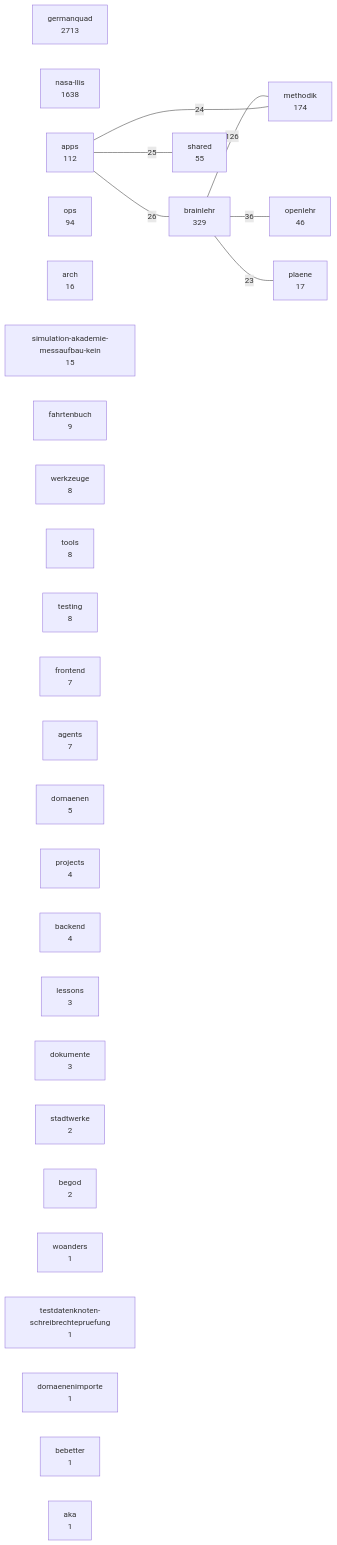
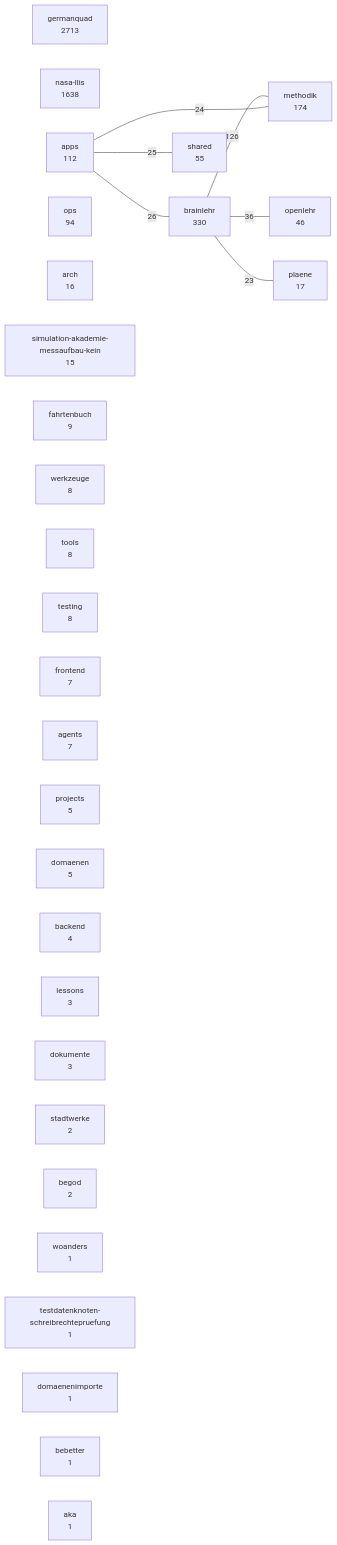
One commit to 3lehr/brainlehr changed the diagram in docs/karten/bestand.md. Above: the diagram before and after it, drawn with Mermaid. The commit also changed 4 other files, not shown here.

````diff
--- a/docs/karten/bestand.md
+++ b/docs/karten/bestand.md
@@ -5,38 +5,38 @@
 ```mermaid
 graph LR
   germanquad["germanquad<br/>2713"]
   nasa_llis["nasa-llis<br/>1638"]
-  brainlehr["brainlehr<br/>329"]
+  brainlehr["brainlehr<br/>330"]
   methodik["methodik<br/>174"]
   apps["apps<br/>112"]
   ops["ops<br/>94"]
   shared["shared<br/>55"]
   openlehr["openlehr<br/>46"]
   plaene["plaene<br/>17"]
   arch["arch<br/>16"]
   simulation_akademie_messaufbau_kein["simulation-akademie-messaufbau-kein<br/>15"]
   fahrtenbuch["fahrtenbuch<br/>9"]
   werkzeuge["werkzeuge<br/>8"]
   tools["tools<br/>8"]
   testing["testing<br/>8"]
   frontend["frontend<br/>7"]
   agents["agents<br/>7"]
+  projects["projects<br/>5"]
   domaenen["domaenen<br/>5"]
-  projects["projects<br/>4"]
   backend["backend<br/>4"]
   lessons["lessons<br/>3"]
   dokumente["dokumente<br/>3"]
   stadtwerke["stadtwerke<br/>2"]
   begod["begod<br/>2"]
   woanders["woanders<br/>1"]
   testdatenknoten_schreibrechtepruefung["testdatenknoten-schreibrechtepruefung<br/>1"]
   domaenenimporte["domaenenimporte<br/>1"]
   bebetter["bebetter<br/>1"]
   aka["aka<br/>1"]
   brainlehr ---|126| methodik
   brainlehr ---|36| openlehr
   apps ---|26| brainlehr
   apps ---|25| shared
   apps ---|24| methodik
   brainlehr ---|23| plaene
 ```
````
